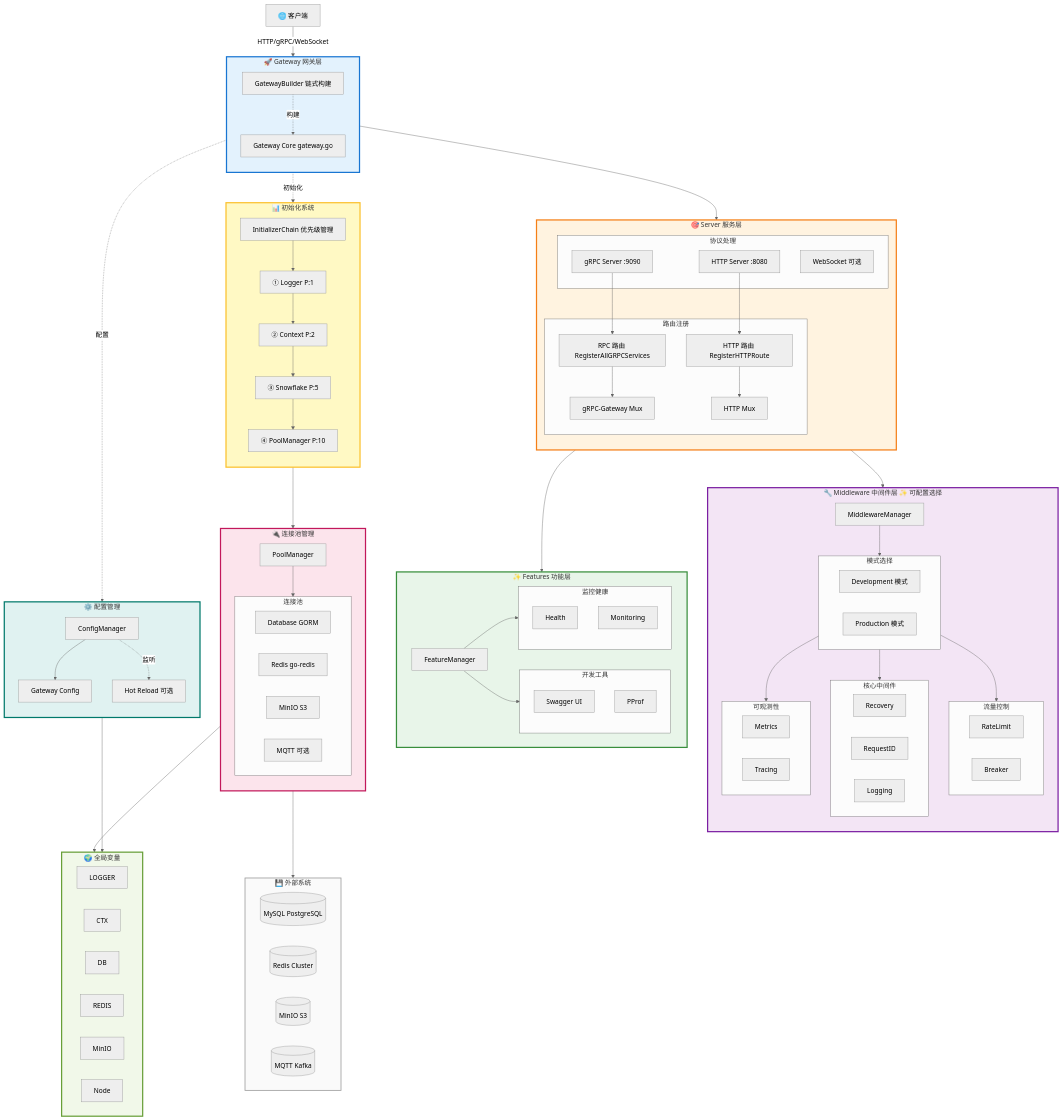
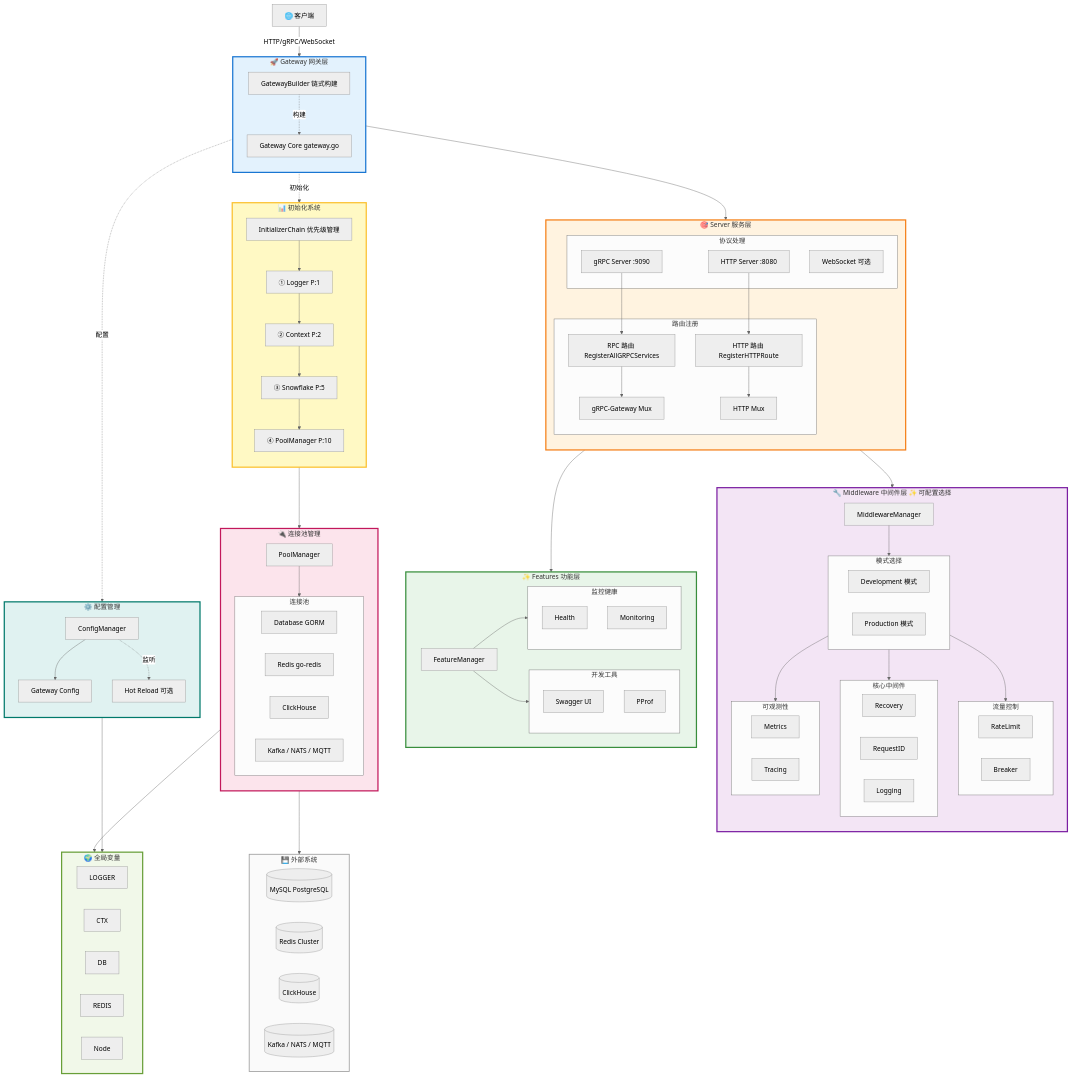
One commit to kamalyes/go-rpc-gateway changed the first of 3 diagrams in README.md. Above: the diagram before and after it, drawn with Mermaid (neutral theme). The commit also changed other lines of this file and 32 other files, not shown here.

```diff
--- a/README.md
+++ b/README.md
@@ -150,8 +150,8 @@
         subgraph Pools["连接池"]
             DB_Pool["Database GORM"]
             Redis_Pool["Redis go-redis"]
-            MinIO_Pool["MinIO S3"]
-            MQTT_Pool["MQTT 可选"]
+            CH_Pool["ClickHouse"]
+            MQ_Pool["Kafka / NATS / MQTT"]
         end
         
         PManager --> Pools
@@ -180,7 +180,6 @@
         G_CTX["CTX"]
         G_DB["DB"]
         G_REDIS["REDIS"]
-        G_MinIO["MinIO"]
         G_Node["Node"]
     end
     
@@ -191,8 +190,8 @@
         direction LR
         Database[("MySQL PostgreSQL")]
         Cache[("Redis Cluster")]
-        Storage[("MinIO S3")]
-        Queue[("MQTT Kafka")]
+        TSDB[("ClickHouse")]
+        Queue[("Kafka / NATS / MQTT")]
     end
     
     %% 样式定义
```
